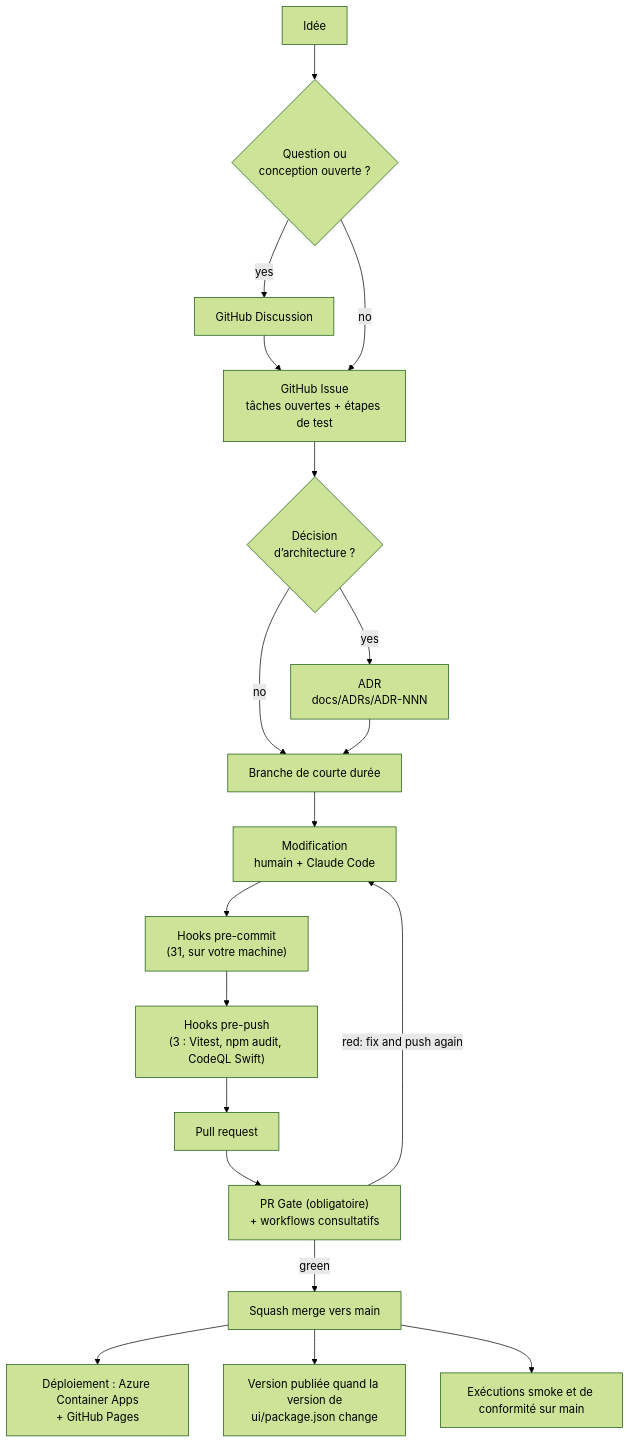
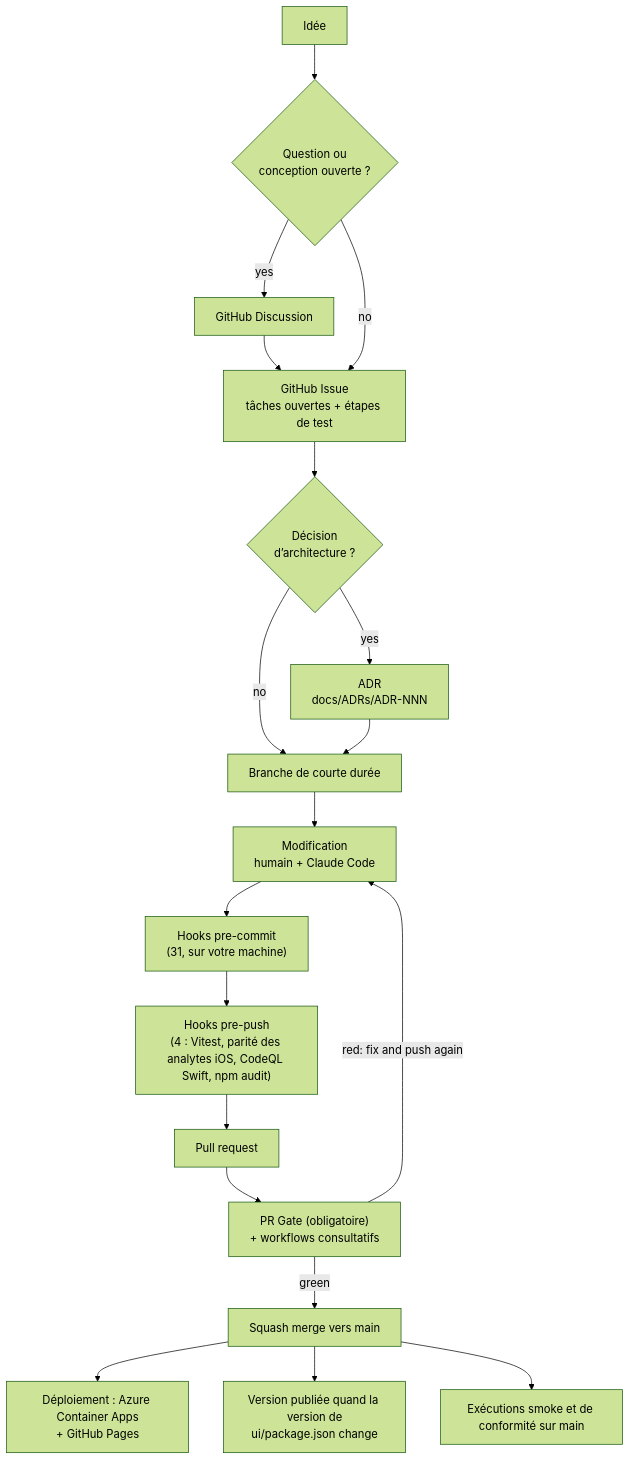
One commit to ma3u/MinimumViableHealthDataspacev2 changed the diagram in docs/i18n/fr/SDLC.md. Above: the diagram before and after it, drawn with Mermaid (forest theme). The commit also changed other lines of this file and 56 other files, not shown here.

````diff
--- a/docs/i18n/fr/SDLC.md
+++ b/docs/i18n/fr/SDLC.md
@@ -72,21 +72,21 @@
 ```mermaid
 flowchart TD
     A["Idée"] --> Q{"Question ou<br/>conception ouverte ?"}
     Q -- yes --> DI["GitHub Discussion"]
     DI --> I
     Q -- no --> I["GitHub Issue<br/>tâches ouvertes + étapes de test"]
     I --> B{"Décision<br/>d’architecture ?"}
     B -- yes --> C["ADR<br/>docs/ADRs/ADR-NNN"]
     B -- no --> D["Branche de courte durée"]
     C --> D
     D --> E["Modification<br/>humain + Claude Code"]
     E --> F["Hooks pre-commit<br/>(31, sur votre machine)"]
-    F --> P["Hooks pre-push<br/>(3 : Vitest, npm audit, CodeQL Swift)"]
+    F --> P["Hooks pre-push<br/>(4 : Vitest, parité des analytes iOS, CodeQL Swift, npm audit)"]
     P --> G["Pull request"]
     G --> H["PR Gate (obligatoire)<br/>+ workflows consultatifs"]
     H -- "red: fix and push again" --> E
     H -- "green" --> M["Squash merge vers main"]
     M --> K["Déploiement : Azure Container Apps<br/>+ GitHub Pages"]
     M --> R["Version publiée quand la version de<br/>ui/package.json change"]
     M --> S["Exécutions smoke et de conformité sur main"]
 ```
````
